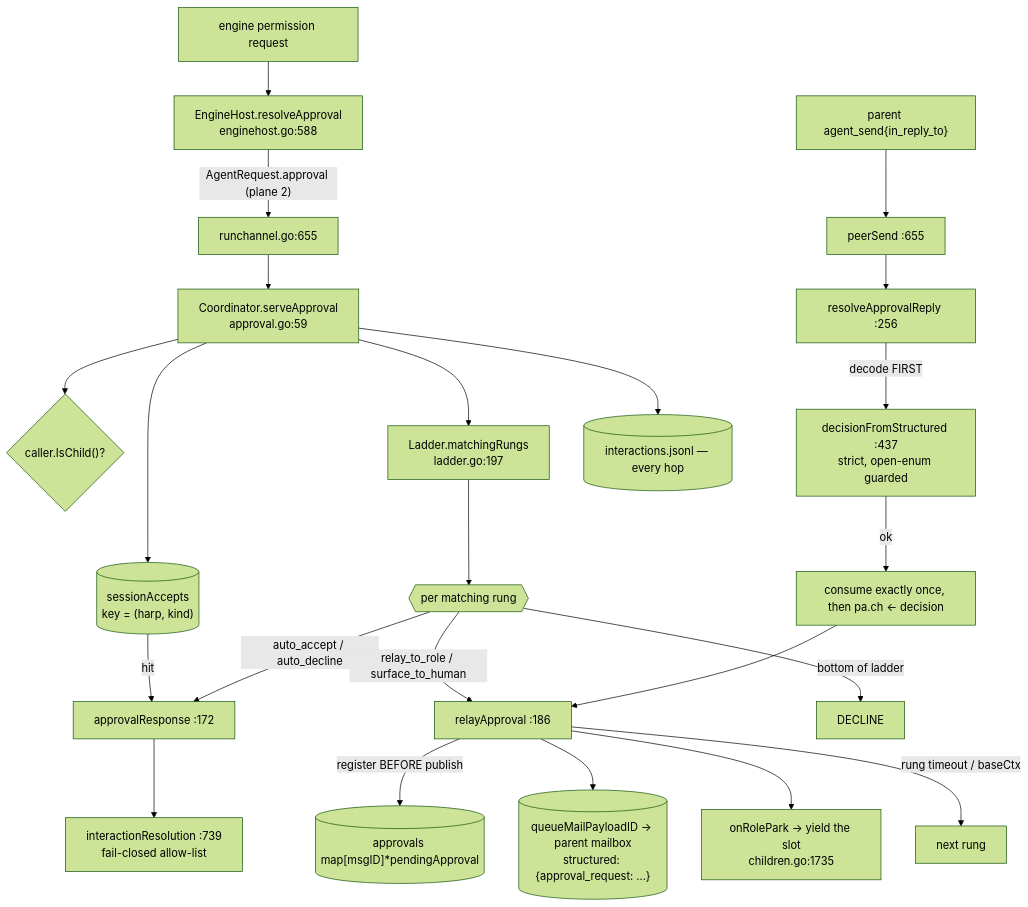
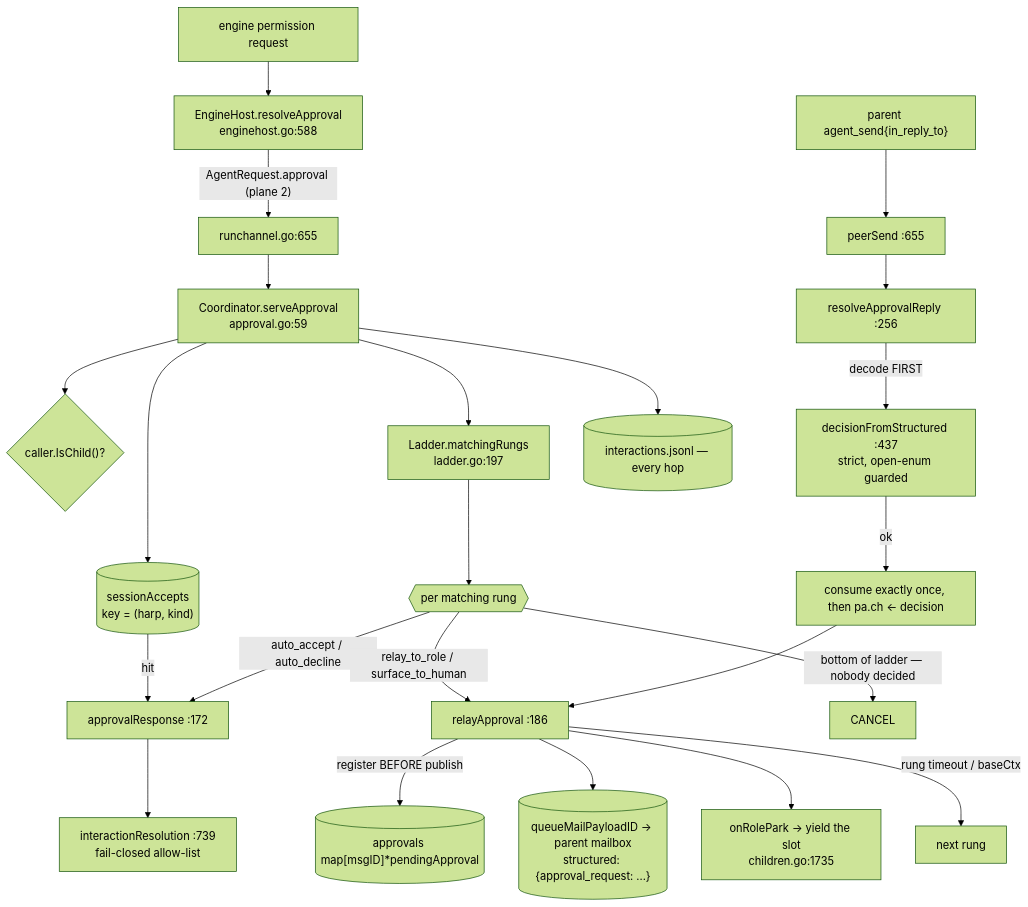
One commit to ctxloom/ctxloom changed the diagram in docs/architecture/agentcoord/approvals.md. Above: the diagram before and after it, drawn with Mermaid (forest theme). The commit also changed other lines of this file and 7 other files, not shown here.

````diff
--- a/docs/architecture/agentcoord/approvals.md
+++ b/docs/architecture/agentcoord/approvals.md
@@ -13,23 +13,23 @@
 ```mermaid
 flowchart TD
   ENG["engine permission request"] --> RA["EngineHost.resolveApproval<br/>enginehost.go:588"]
   RA -->|"AgentRequest.approval (plane 2)"| SAR["runchannel.go:655"] --> SA["Coordinator.serveApproval<br/>approval.go:59"]
   SA --> CHILD{"caller.IsChild()?"}
   SA --> CACHE[("sessionAccepts<br/>key = (harp, kind)")]
   CACHE -->|hit| RESP["approvalResponse :172"]
   SA --> MR["Ladder.matchingRungs<br/>ladder.go:197"]
   MR --> RUNG{{"per matching rung"}}
   RUNG -->|auto_accept / auto_decline| RESP
   RUNG -->|relay_to_role / surface_to_human| RLY["relayApproval :186"]
   RLY -->|"register BEFORE publish"| PEND[("approvals map[msgID]*pendingApproval")]
   RLY --> MAIL[("queueMailPayloadID → parent mailbox<br/>structured: {approval_request: ...}")]
   RLY --> PARK["onRolePark → yield the slot<br/>children.go:1735"]
   PARENT["parent agent_send{in_reply_to}"] --> PS["peerSend :655"] --> RAR["resolveApprovalReply :256"]
   RAR -->|"decode FIRST"| DFS["decisionFromStructured :437<br/>strict, open-enum guarded"]
   DFS -->|ok| CONSUME["consume exactly once, then pa.ch <- decision"]
   CONSUME --> RLY
   RLY -->|"rung timeout / baseCtx"| NEXT["next rung"]
-  RUNG -->|"bottom of ladder"| DECLINE["DECLINE"]
+  RUNG -->|"bottom of ladder — nobody decided"| CANCEL["CANCEL"]
   SA --> AUD[("interactions.jsonl — every hop")]
   RESP --> IR["interactionResolution :739<br/>fail-closed allow-list"]
 ```
````
